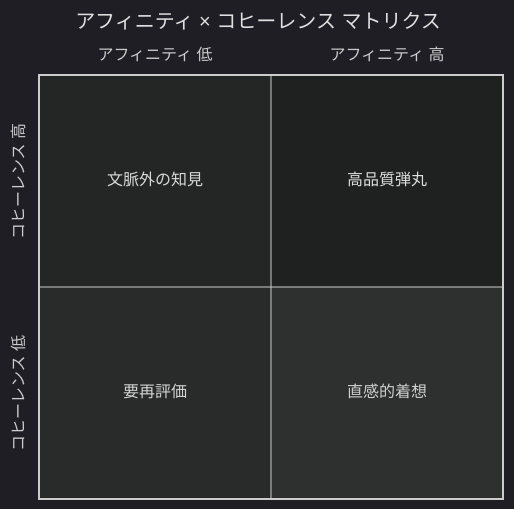
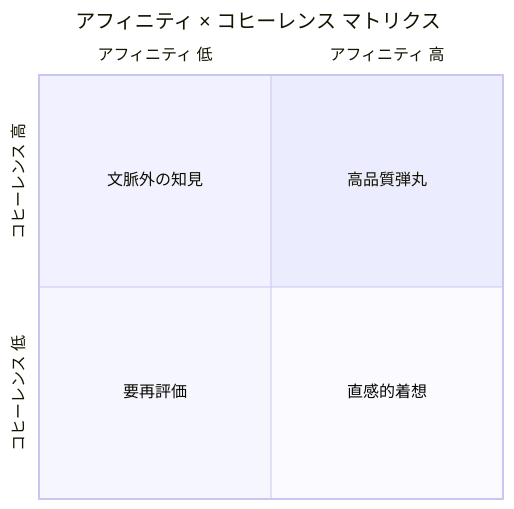
The diagram in 第6章.md (karakuri-ageha/ehar), drawn with Mermaid before and after one commit.

````diff
--- a/第6章.md
+++ b/第6章.md
@@ -21,11 +21,10 @@
 ```mermaid
-%%{init: {'theme': 'dark', 'themeVariables': {'quadrantXAxisTextFill': '#cccccc', 'quadrantYAxisTextFill': '#cccccc'}}}%%
 quadrantChart
     title アフィニティ × コヒーレンス マトリクス
     x-axis "アフィニティ 低" --> "アフィニティ 高"
     y-axis "コヒーレンス 低" --> "コヒーレンス 高"
     quadrant-1 "高品質弾丸"
     quadrant-2 "文脈外の知見"
     quadrant-3 "要再評価"
     quadrant-4 "直感的着想"
 ```
````
